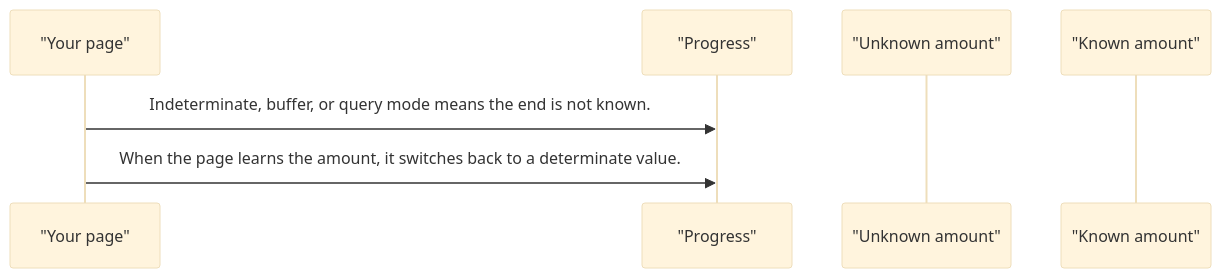
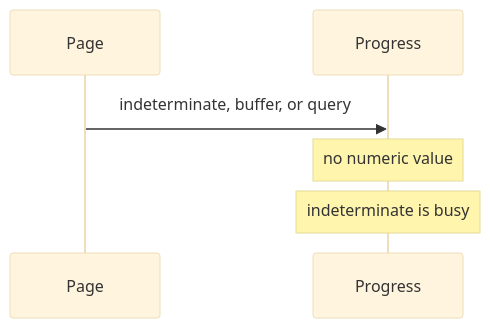
The third of 3 diagrams in projects/pixel-ui/src/lib/pixel-progress/DESIGN.md (RajshekharBorate/pixel-ui), drawn with Mermaid (base theme) before and after one commit. The commit also changed other lines of this file and 73 other files, not shown here.

Commit message:
Explain who owns each value and what each flow does in every component and service design.

````diff
--- a/projects/pixel-ui/src/lib/pixel-progress/DESIGN.md
+++ b/projects/pixel-ui/src/lib/pixel-progress/DESIGN.md
@@ -57,9 +74,8 @@
 ```mermaid
 sequenceDiagram
-  participant page as "Your page"
-  participant bar as "Progress"
-  participant busy as "Unknown amount"
-  participant value as "Known amount"
-  page->>bar: Indeterminate, buffer, or query mode means the end is not known.
-  page->>bar: When the page learns the amount, it switches back to a determinate value.
+  participant Page
+  participant Bar as Progress
+  Page->>Bar: indeterminate, buffer, or query
+  Note over Bar: no numeric value
+  Note over Bar: indeterminate is busy
 ```
````
